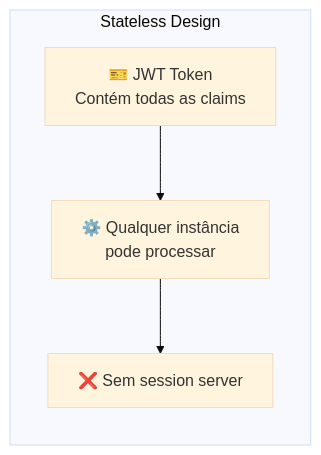
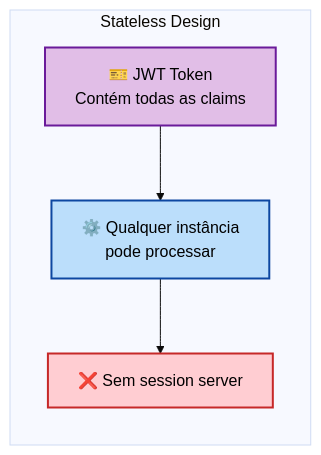
One commit to gabrigabs/public-polls-app changed the fourth of 10 diagrams in docs/05-escalabilidade.md. Above: the diagram before and after it, drawn with Mermaid (base theme). The commit also changed other lines of this file and 2 other files, not shown here.

Commit message:
docs: standardize mermaid diagrams with high-contrast styling and convert mindmaps to graphs for better accessibility

````diff
--- a/docs/05-escalabilidade.md
+++ b/docs/05-escalabilidade.md
@@ -144,10 +144,19 @@
 ```mermaid
 graph LR
     subgraph "Stateless Design"
         JWT["🎫 JWT Token<br/>Contém todas as claims"]
         API["⚙️ Qualquer instância<br/>pode processar"]
         NO["❌ Sem session server"]
     end
 
     JWT --> API --> NO
+
+    %% Styling
+    classDef jwt fill:#e1bee7,stroke:#6a1b9a,color:#000,stroke-width:2px;
+    classDef api fill:#bbdefb,stroke:#0d47a1,color:#000,stroke-width:2px;
+    classDef no fill:#ffcdd2,stroke:#c62828,color:#000,stroke-width:2px;
+
+    class JWT jwt;
+    class API api;
+    class NO no;
 ```
````
